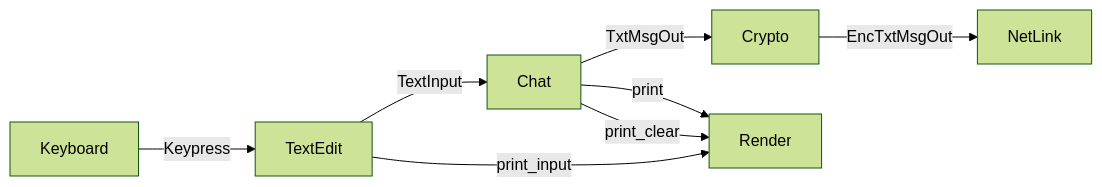
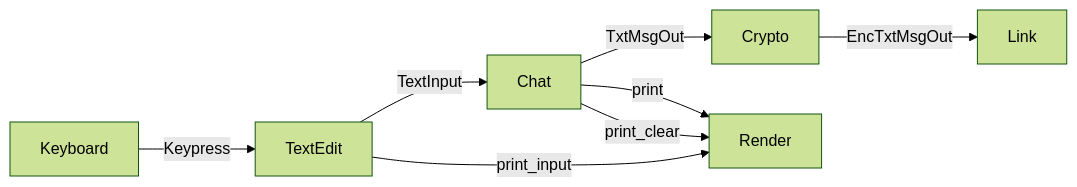
Before and after one commit to fluffy/bare-rust: the second of 6 diagrams in Architecture.md, drawn with Mermaid (forest theme). The commit also changed other lines of this file and 6 other files, not shown here.

Commit message:
Rename NetLink to Link

````diff
--- a/Architecture.md
+++ b/Architecture.md
@@ -77,10 +77,10 @@
 ```mermaid
 flowchart LR
     A[Keyboard] -->|Keypress| B[TextEdit]
     B -->|TextInput| C[Chat]
     C -->|TxtMsgOut| D[Crypto]
     B -->|print_input| J[Render]
-    D -->|EncTxtMsgOut| F[NetLink]
+    D -->|EncTxtMsgOut| F[Link]
     C -->|print| J[Render]
     C -->|print_clear| J[Render]
 ```
````
